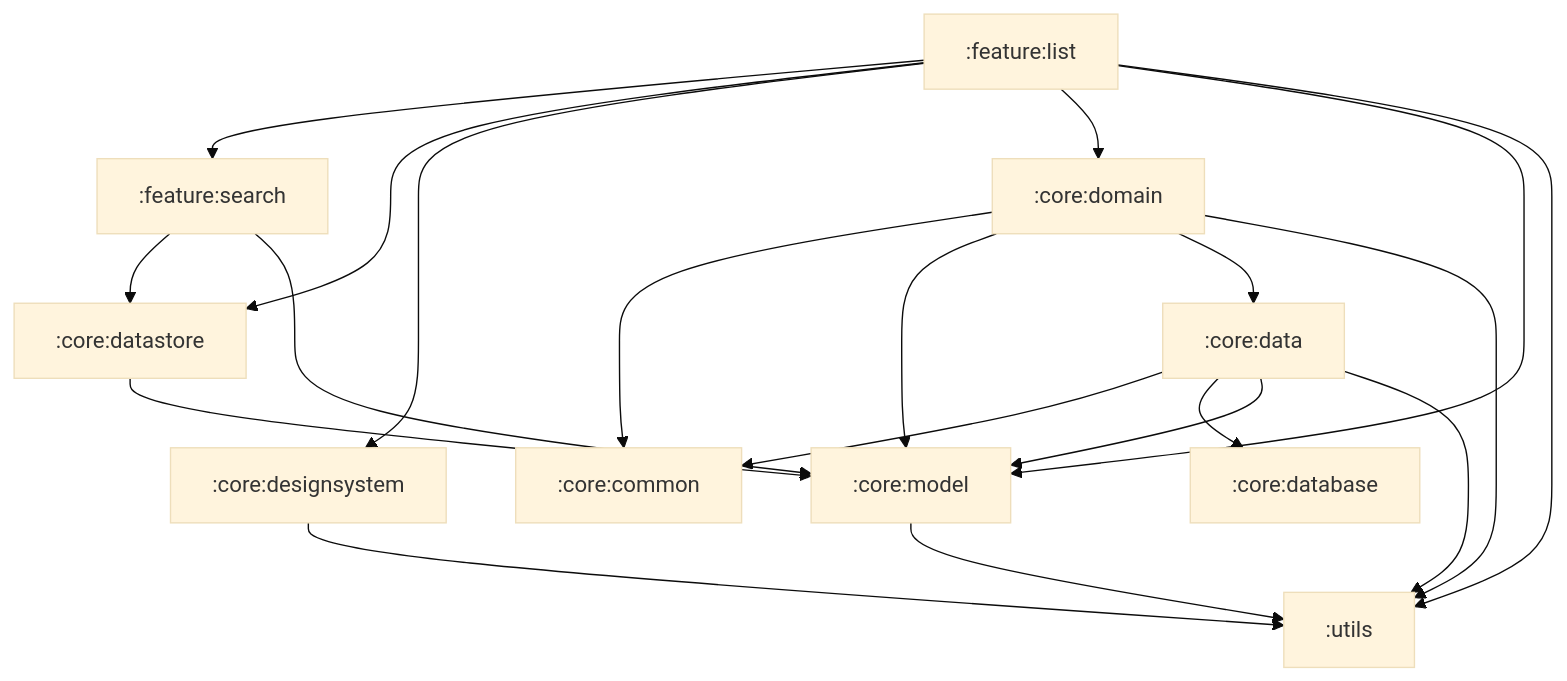
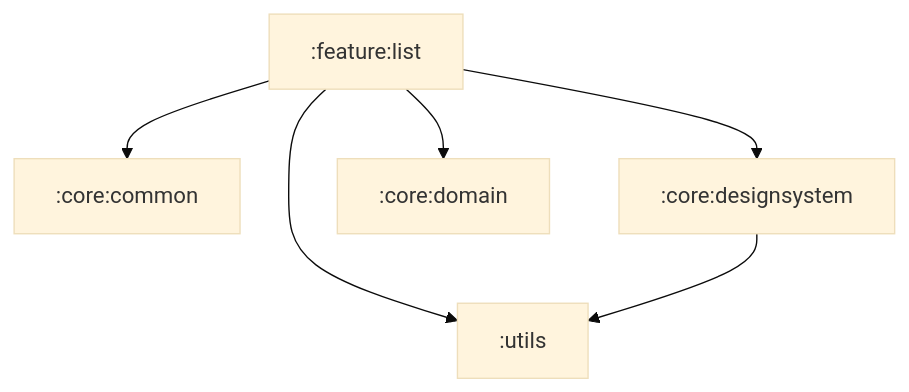
Before and after one commit to HakusFactory/hakusfactory.github.io: the diagram in module/feature/list.md, drawn with Mermaid (base theme). The commit also changed 12 other files, not shown here.

````diff
--- a/module/feature/list.md
+++ b/module/feature/list.md
@@ -3,39 +3,18 @@
 ```mermaid
 flowchart TD
 list[:feature:list]
-list --> search
-list --> datastore
+
+list --> common
 list --> designsystem
 list --> domain
-list --> model
 list --> utils
 
-search[:feature:search]
-search --> datastore
-search --> model
+common[:core:common]
 
 designsystem[:core:designsystem]
 designsystem --> utils
 
 domain[:core:domain]
-domain --> common
-domain --> model
-domain --> data
-domain --> utils
-
-model[:core:model]
-model --> utils
-
-data[:core:data]
-data --> common
-data --> database
-data --> model
-data --> utils
-
-datastore[:core:datastore]
-datastore --> model
 
 utils[:utils]
-database[:core:database]
-common[:core:common]
 ```
````
